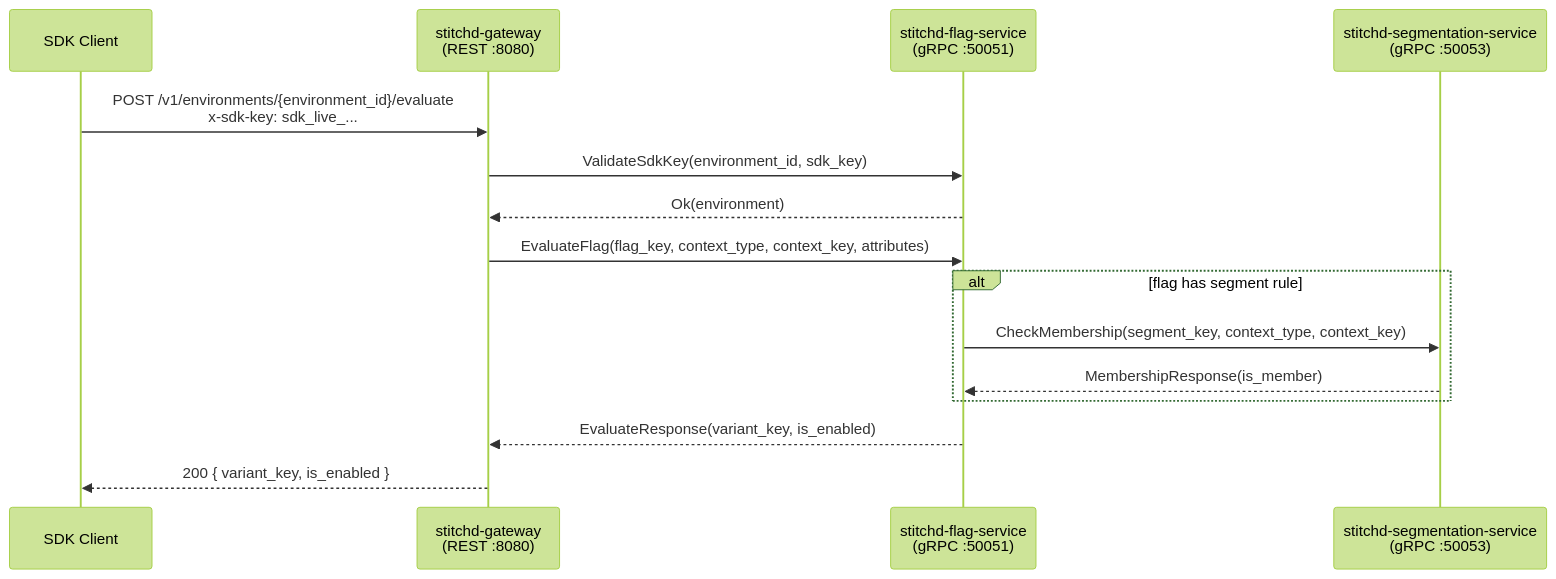
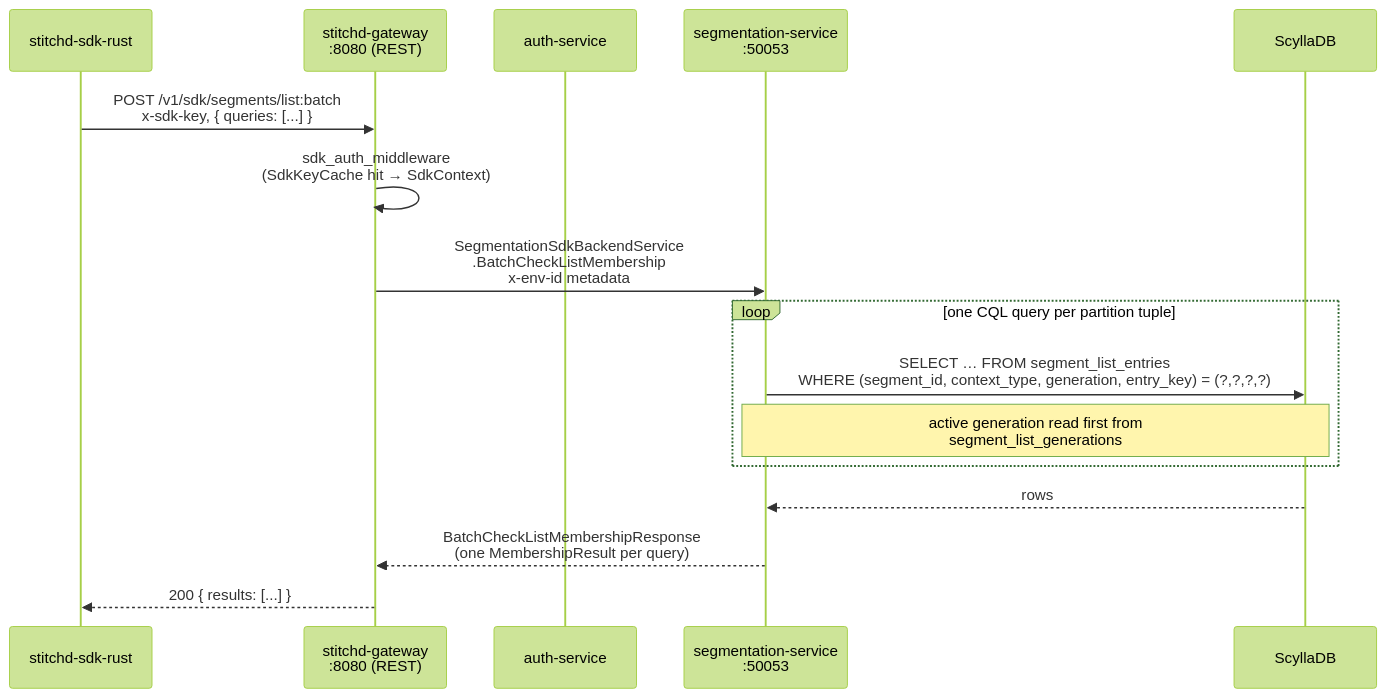
The second of 10 diagrams in docs/src/architecture/service-flows.md (stitchd-dev/feature-flag), drawn with Mermaid (forest theme) before and after one commit. The commit also changed other lines of this file and 24 other files, not shown here.

````diff
--- a/docs/src/architecture/service-flows.md
+++ b/docs/src/architecture/service-flows.md
@@ -9,21 +62,19 @@
 ```mermaid
 sequenceDiagram
-    participant SDK as SDK Client
-    participant GW as stitchd-gateway<br/>(REST :8080)
-    participant FS as stitchd-flag-service<br/>(gRPC :50051)
-    participant SS as stitchd-segmentation-service<br/>(gRPC :50053)
+    participant SDK as stitchd-sdk-rust
+    participant GW as stitchd-gateway<br/>:8080 (REST)
+    participant AUTH as auth-service
+    participant SEG as segmentation-service<br/>:50053
+    participant SCY as ScyllaDB
 
-    SDK->>GW: POST /v1/environments/{environment_id}/evaluate<br/>x-sdk-key: sdk_live_...
-    GW->>FS: ValidateSdkKey(environment_id, sdk_key)
-    FS-->>GW: Ok(environment)
-
-    GW->>FS: EvaluateFlag(flag_key, context_type, context_key, attributes)
-
-    alt flag has segment rule
-        FS->>SS: CheckMembership(segment_key, context_type, context_key)
-        SS-->>FS: MembershipResponse(is_member)
+    SDK->>GW: POST /v1/sdk/segments/list:batch<br/>x-sdk-key, { queries: [...] }
+    GW->>GW: sdk_auth_middleware<br/>(SdkKeyCache hit → SdkContext)
+    GW->>SEG: SegmentationSdkBackendService<br/>.BatchCheckListMembership<br/>x-env-id metadata
+    loop one CQL query per partition tuple
+        SEG->>SCY: SELECT … FROM segment_list_entries<br/>WHERE (segment_id, context_type, generation, entry_key) = (?,?,?,?)
+        Note over SEG,SCY: active generation read first from<br/>segment_list_generations
     end
-
-    FS-->>GW: EvaluateResponse(variant_key, is_enabled)
-    GW-->>SDK: 200 { variant_key, is_enabled }
+    SCY-->>SEG: rows
+    SEG-->>GW: BatchCheckListMembershipResponse<br/>(one MembershipResult per query)
+    GW-->>SDK: 200 { results: [...] }
 ```
````
